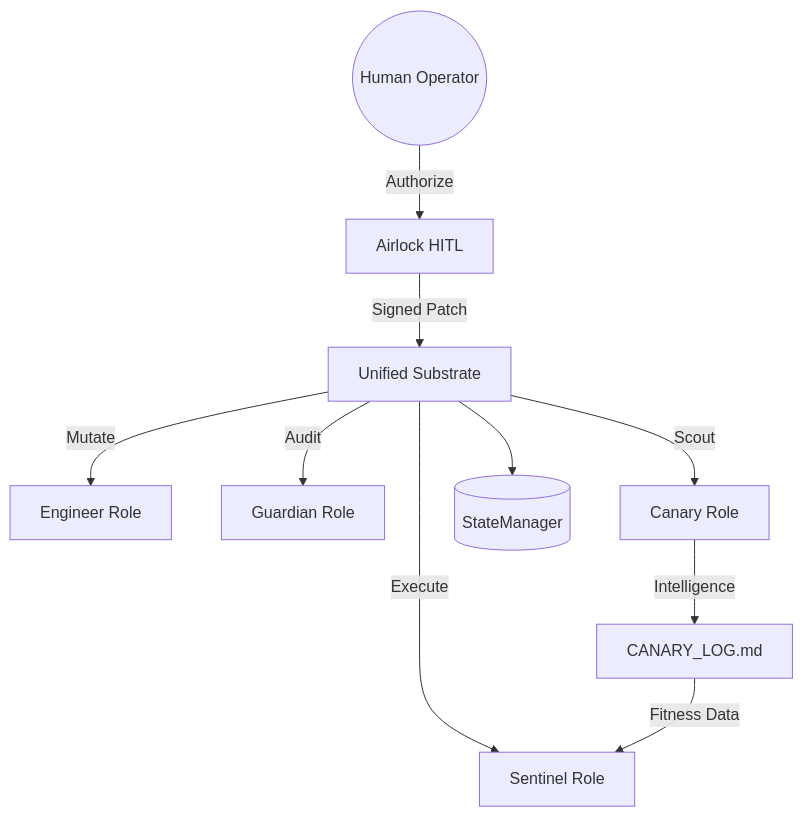
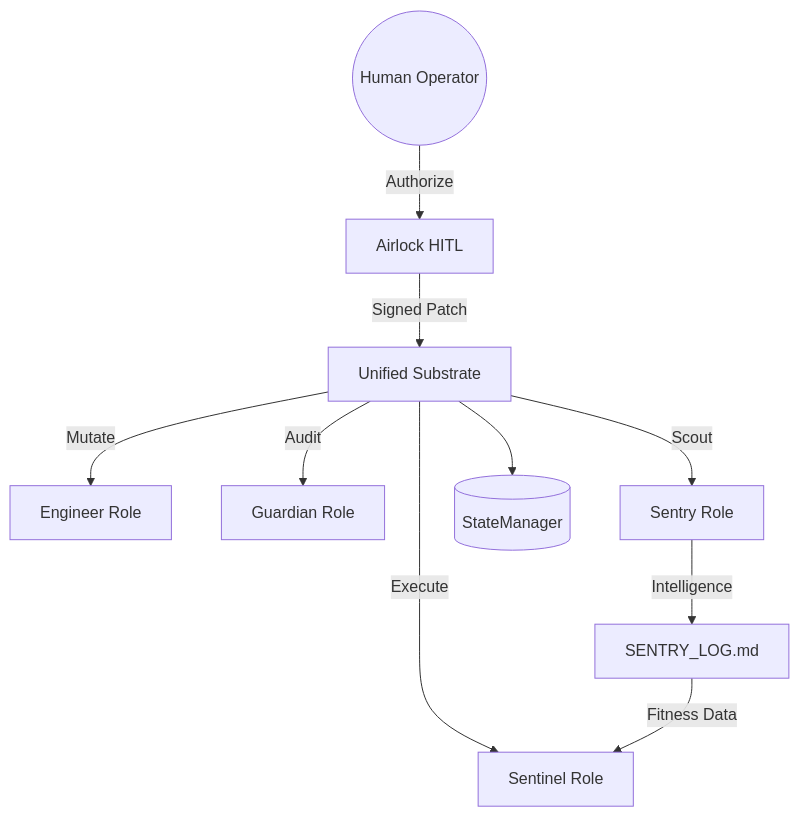
The fifth of 8 diagrams in docs/ARCHITECTURE.md (roydsouza/tachyon_tongs), drawn with Mermaid before and after one commit. The commit also changed other lines of this file and 39 other files, not shown here.

````diff
--- a/docs/ARCHITECTURE.md
+++ b/docs/ARCHITECTURE.md
@@ -354,14 +356,14 @@
 ```mermaid
 graph TD
     User((Human Operator)) -->|Authorize| Airlock[Airlock HITL]
     Airlock -->|Signed Patch| Substrate[Unified Substrate]
     Substrate -->|Execute| Sentinel[Sentinel Role]
     Substrate -->|Mutate| Engineer[Engineer Role]
     Substrate -->|Audit| Guardian[Guardian Role]
-    Substrate -->|Scout| Canary[Canary Role]
+    Substrate -->|Scout| Sentry[Sentry Role]
     
-    Canary -->|Intelligence| CANARY_LOG[CANARY_LOG.md]
-    CANARY_LOG -->|Fitness Data| Sentinel
+    Sentry -->|Intelligence| SENTRY_LOG[SENTRY_LOG.md]
+    SENTRY_LOG -->|Fitness Data| Sentinel
     
     Substrate --> State[(StateManager)]
 ```
````
